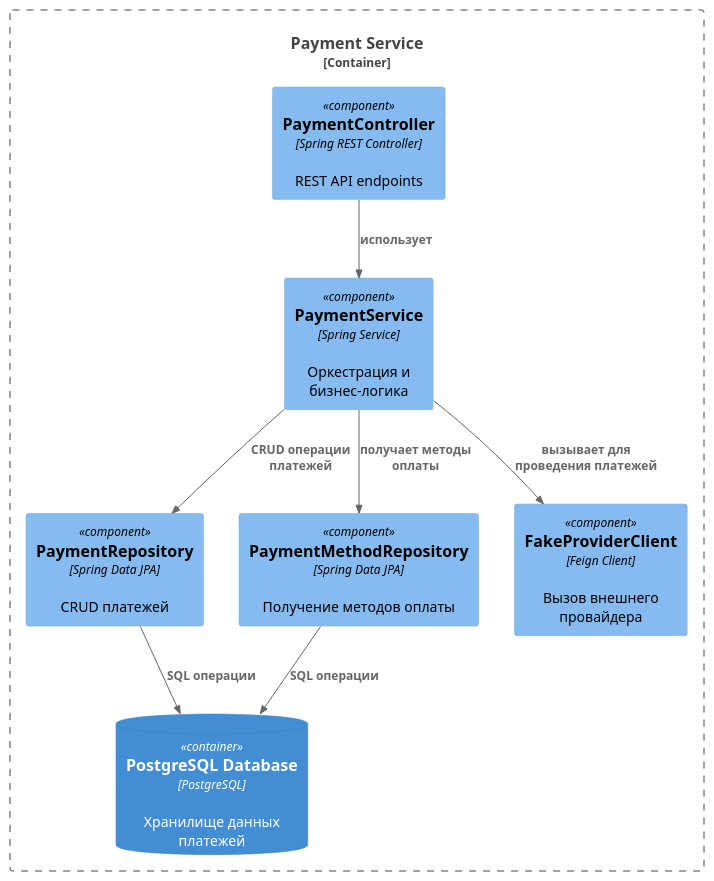
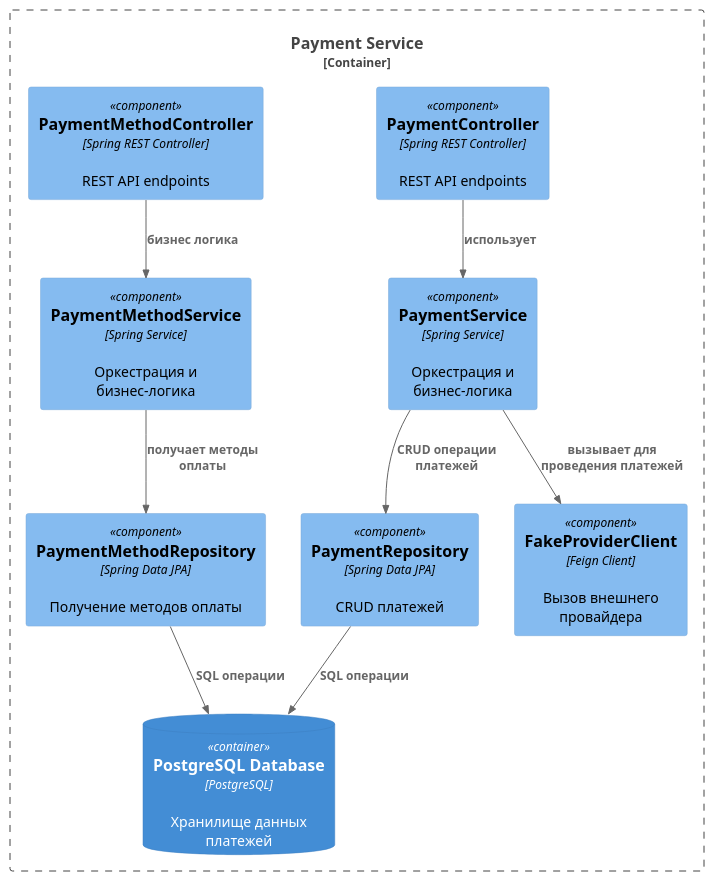
One commit to ubivza/payment-system changed the diagram in diagrams/module_6/component_diagram_m6.puml. Above: the diagram before and after it, drawn with PlantUML. The commit also changed 1 other file, not shown here.

Commit message:
diagrams fixed

```diff
--- a/diagrams/module_6/component_diagram_m6.puml
+++ b/diagrams/module_6/component_diagram_m6.puml
@@ -1,20 +1,23 @@
 @startuml
 !include https://raw.githubusercontent.com/plantuml-stdlib/C4-PlantUML/master/C4_Component.puml
 LAYOUT_TOP_DOWN()
 
 Container_Boundary(paymentService, "Payment Service") {
     Component(PaymentController, "PaymentController", "Spring REST Controller", "REST API endpoints")
+    Component(PaymentMethodController, "PaymentMethodController", "Spring REST Controller", "REST API endpoints")
     Component(PaymentService, "PaymentService", "Spring Service", "Оркестрация и бизнес-логика")
+    Component(PaymentMethodService, "PaymentMethodService", "Spring Service", "Оркестрация и бизнес-логика")
     Component(PaymentRepository, "PaymentRepository", "Spring Data JPA", "CRUD платежей")
     Component(PaymentMethodRepository, "PaymentMethodRepository", "Spring Data JPA", "Получение методов оплаты")
     Component(FakeProviderClient, "FakeProviderClient", "Feign Client", "Вызов внешнего провайдера")
     ContainerDb(db, "PostgreSQL Database", "PostgreSQL", "Хранилище данных платежей")
 }
 
 Rel(PaymentController, PaymentService, "использует")
+Rel(PaymentMethodController, PaymentMethodService, "бизнес логика")
+Rel(PaymentMethodService, PaymentMethodRepository, "получает методы оплаты")
 Rel(PaymentService, PaymentRepository, "CRUD операции платежей")
-Rel(PaymentService, PaymentMethodRepository, "получает методы оплаты")
 Rel(PaymentService, FakeProviderClient, "вызывает для проведения платежей")
 Rel(PaymentRepository, db, "SQL операции")
 Rel(PaymentMethodRepository, db, "SQL операции")
 @enduml
```
